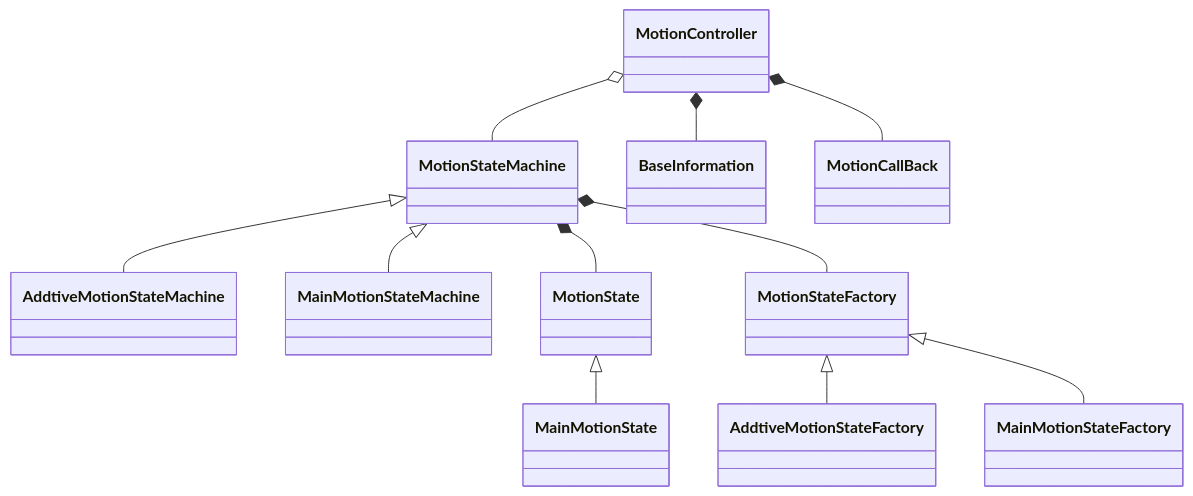
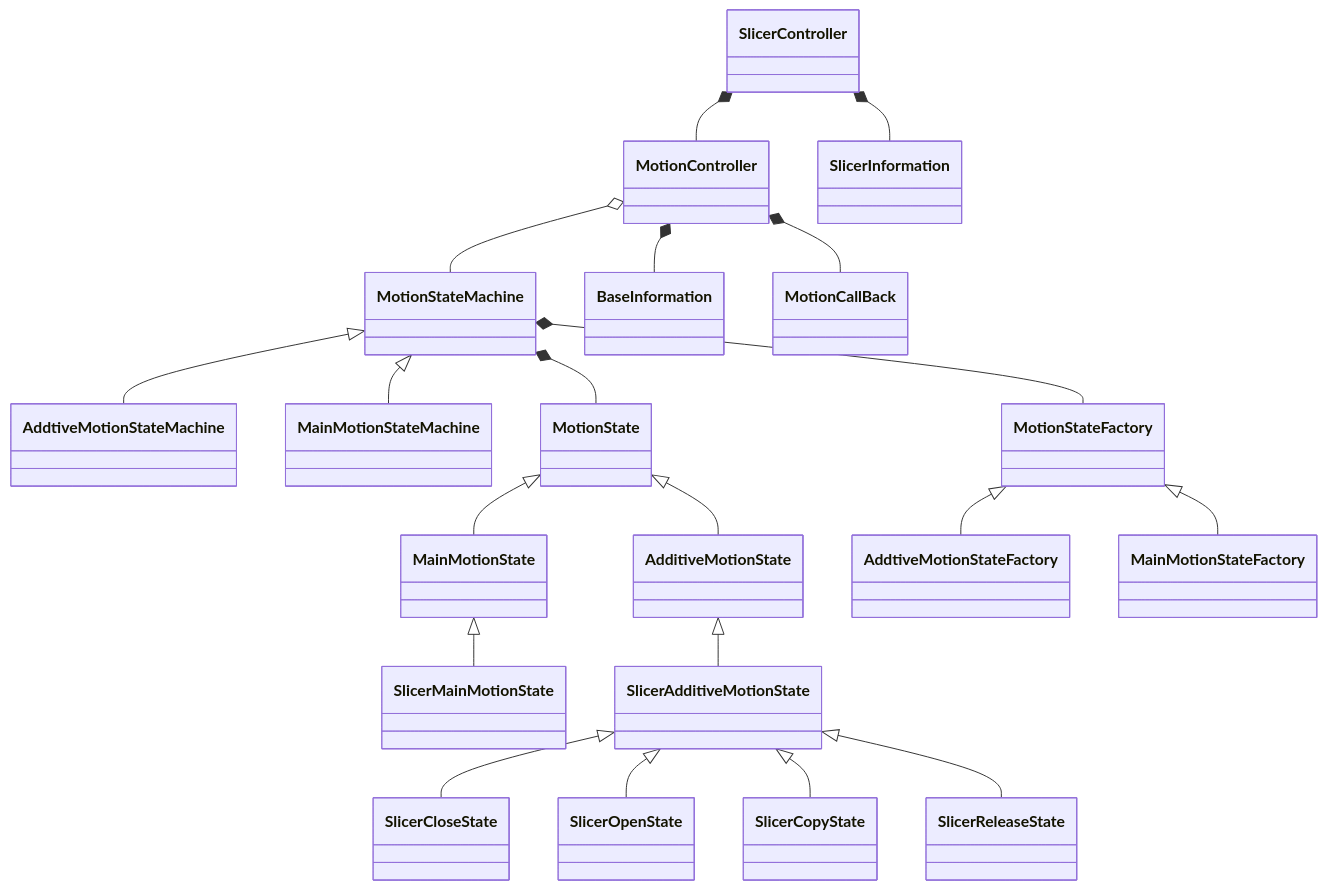
Before and after one commit to flicker-studio/RimeEditor: the fifth of 6 diagrams in README.md, drawn with Mermaid.

Commit message:
docs: README更新
更新SlicerController类图

````diff
--- a/README.md
+++ b/README.md
@@ -204,13 +204,23 @@
 ```mermaid
 classDiagram
 MotionController o-- MotionStateMachine
+SlicerController *-- SlicerInformation
+SlicerController *-- MotionController
 MotionController *-- BaseInformation
 MotionController *-- MotionCallBack
 MotionStateMachine <|-- AddtiveMotionStateMachine
 MotionStateMachine <|-- MainMotionStateMachine
 MotionStateMachine *-- MotionState
 MotionStateMachine *-- MotionStateFactory
 MotionState <|-- MainMotionState
+MotionState <|-- AdditiveMotionState
+MainMotionState <|-- SlicerMainMotionState
+AdditiveMotionState <|-- SlicerAdditiveMotionState
+SlicerAdditiveMotionState <|-- SlicerCloseState
+SlicerAdditiveMotionState <|-- SlicerOpenState
+SlicerAdditiveMotionState <|-- SlicerCopyState
+SlicerAdditiveMotionState <|-- SlicerReleaseState
 MotionStateFactory <|-- AddtiveMotionStateFactory
 MotionStateFactory <|-- MainMotionStateFactory
+
 ```
````
